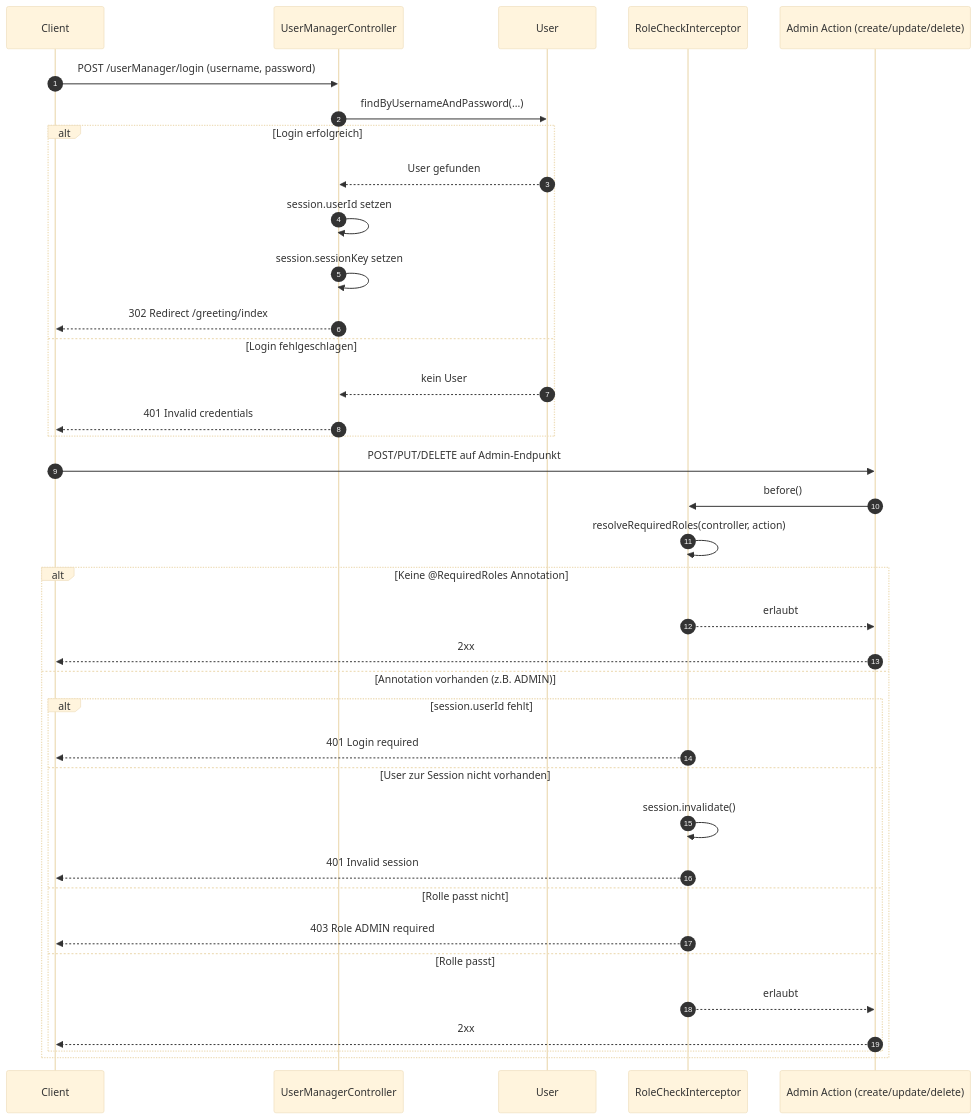
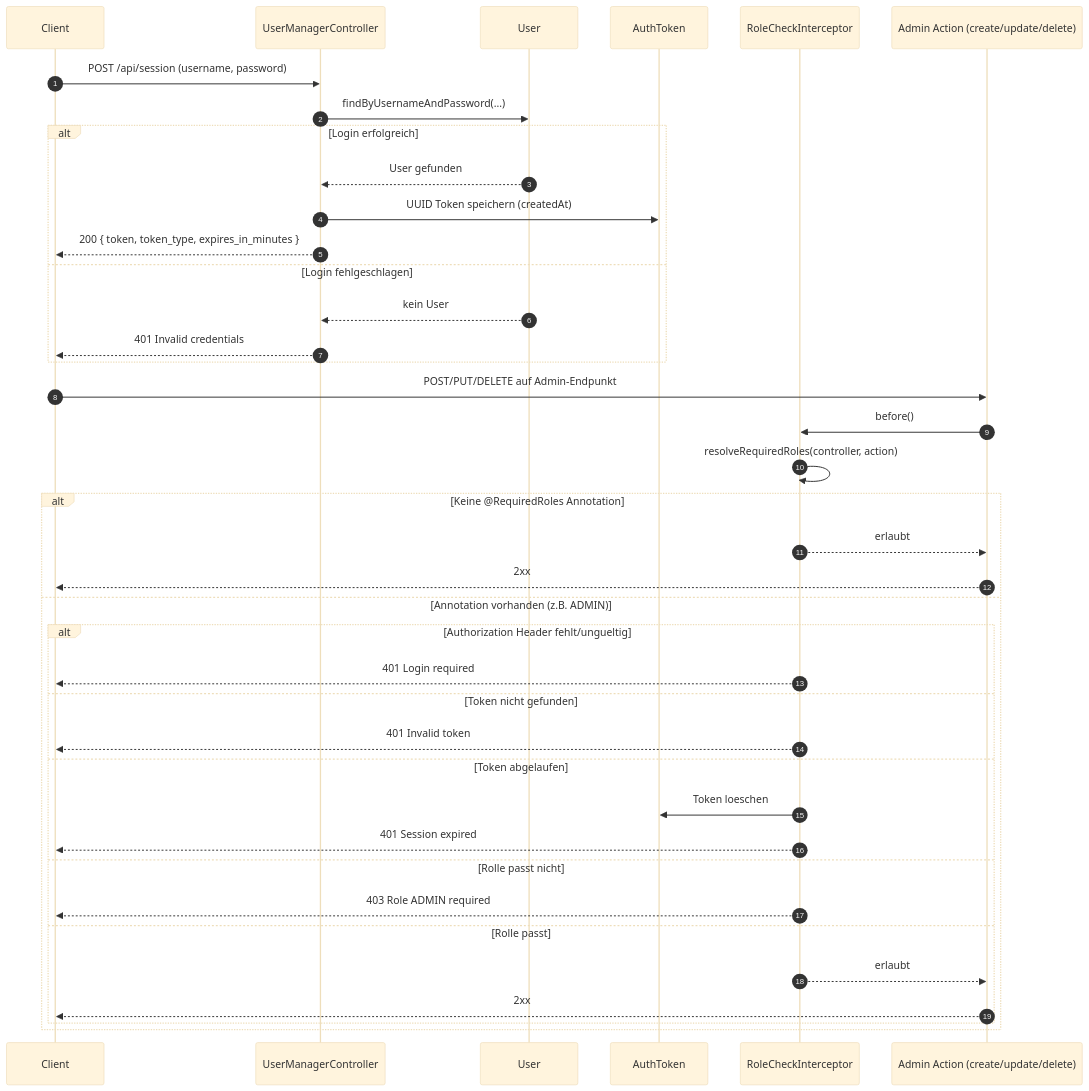
The third of 5 diagrams in docs/USER_MANAGEMENT.md (g8rdier/urban-flow-governance), drawn with Mermaid (base theme) before and after one commit. The commit also changed other lines of this file and 1 other file, not shown here.

````diff
--- a/docs/USER_MANAGEMENT.md
+++ b/docs/USER_MANAGEMENT.md
@@ -59,43 +58,45 @@
 ```mermaid
 sequenceDiagram
 		autonumber
 		participant C as Client
 		participant UMC as UserManagerController
 		participant U as User
+		participant ATS as AuthToken
 		participant RCI as RoleCheckInterceptor
 		participant AC as Admin Action (create/update/delete)
 
-		C->>UMC: POST /userManager/login (username, password)
+		C->>UMC: POST /api/session (username, password)
 		UMC->>U: findByUsernameAndPassword(...)
 
 		alt Login erfolgreich
 				U-->>UMC: User gefunden
-				UMC->>UMC: session.userId setzen
-				UMC->>UMC: session.sessionKey setzen
-				UMC-->>C: 302 Redirect /greeting/index
+				UMC->>ATS: UUID Token speichern (createdAt)
+				UMC-->>C: 200 { token, token_type, expires_in_minutes }
 		else Login fehlgeschlagen
 				U-->>UMC: kein User
 				UMC-->>C: 401 Invalid credentials
 		end
 
 		C->>AC: POST/PUT/DELETE auf Admin-Endpunkt
 		AC->>RCI: before()
 		RCI->>RCI: resolveRequiredRoles(controller, action)
 
 		alt Keine @RequiredRoles Annotation
 				RCI-->>AC: erlaubt
 				AC-->>C: 2xx
 		else Annotation vorhanden (z.B. ADMIN)
-				alt session.userId fehlt
+				alt Authorization Header fehlt/ungueltig
 						RCI-->>C: 401 Login required
-				else User zur Session nicht vorhanden
-						RCI->>RCI: session.invalidate()
-						RCI-->>C: 401 Invalid session
+				else Token nicht gefunden
+						RCI-->>C: 401 Invalid token
+				else Token abgelaufen
+						RCI->>ATS: Token loeschen
+						RCI-->>C: 401 Session expired
 				else Rolle passt nicht
 						RCI-->>C: 403 Role ADMIN required
 				else Rolle passt
 						RCI-->>AC: erlaubt
 						AC-->>C: 2xx
 				end
 		end
 ```
````
